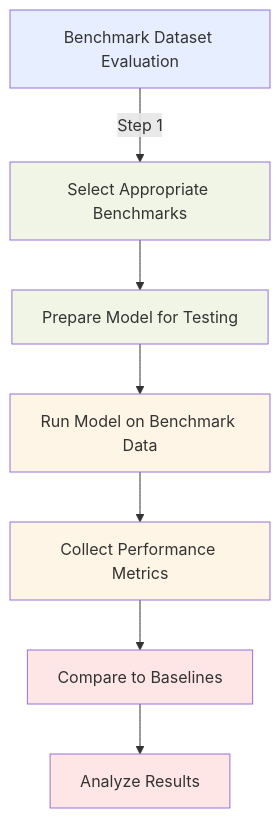
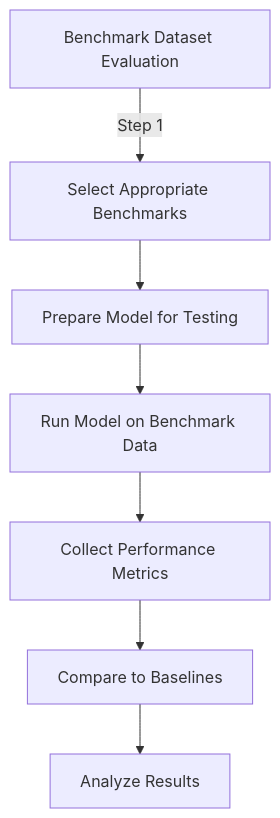
Before and after one commit to CloudCityPress/aws-aif-c01: the second of 4 diagrams in english/30_40_Methods_to_evaluate_foundation_model_performance.md, drawn with Mermaid. The commit also changed other lines of this file and 16 other files, not shown here.

Commit message:
updating Mermaids

````diff
--- a/english/30_40_Methods_to_evaluate_foundation_model_performance.md
+++ b/english/30_40_Methods_to_evaluate_foundation_model_performance.md
@@ -54,16 +48,10 @@
 ```mermaid
 flowchart TD
     A[Benchmark Dataset Evaluation] -->|Step 1| B[Select Appropriate Benchmarks]
     B --> C[Prepare Model for Testing]
     C --> D[Run Model on Benchmark Data]
     D --> E[Collect Performance Metrics]
     E --> F[Compare to Baselines]
     F --> G[Analyze Results]
-    style A fill:#e6eeff
-    style B fill:#f0f5e6
-    style C fill:#f0f5e6
-    style D fill:#fff5e6
-    style E fill:#fff5e6
-    style F fill:#ffe6e6
-    style G fill:#ffe6e6
+
 ```
````
